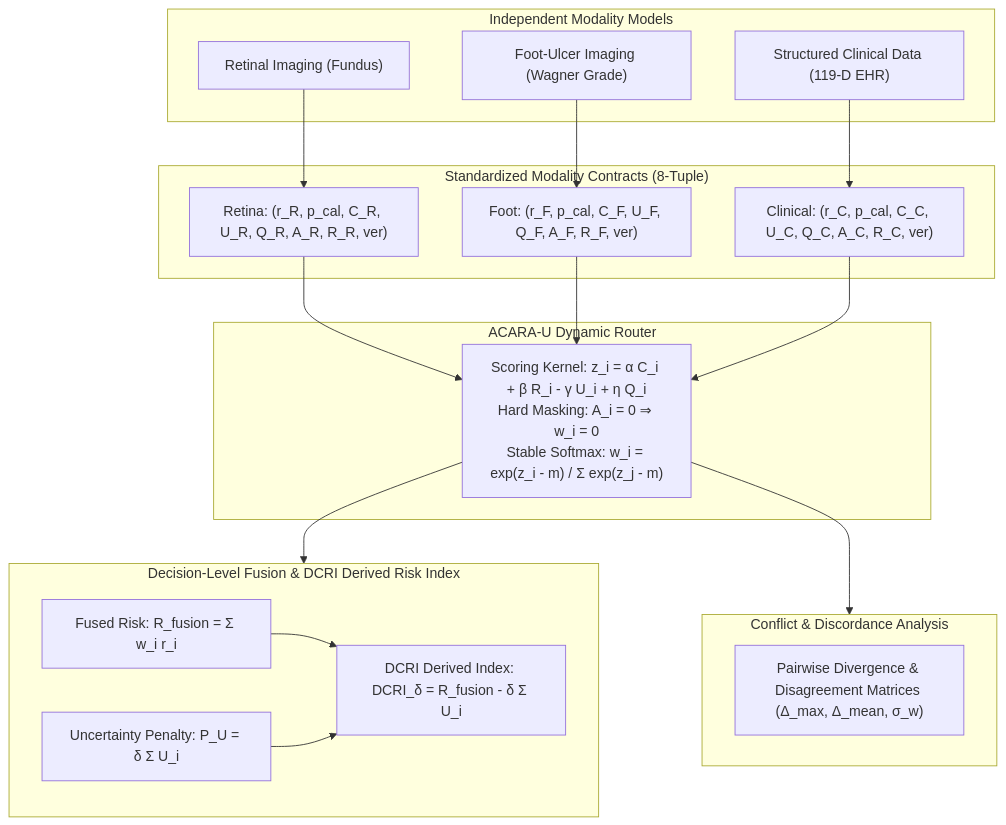
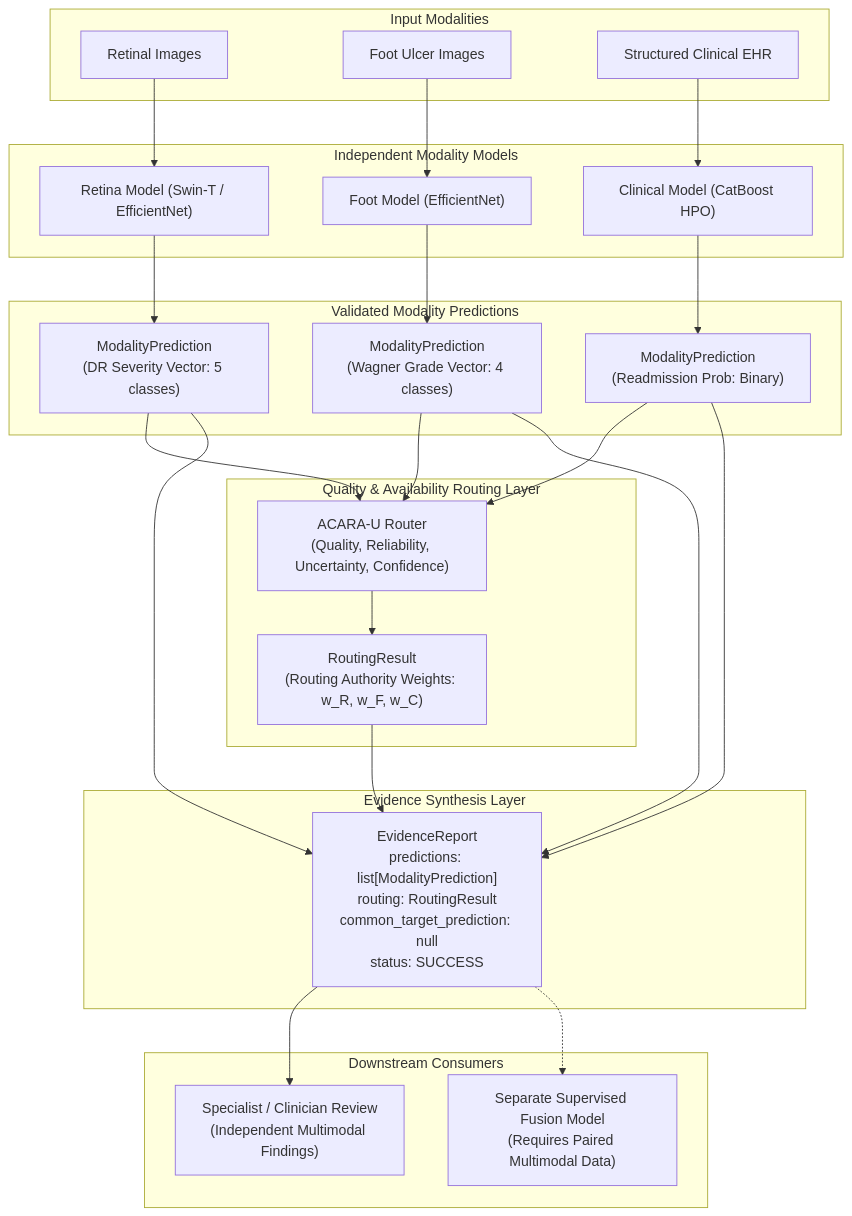
The first of 2 diagrams in README.md (Dr-Venom29/FusionMedAI), drawn with Mermaid before and after one commit. The commit also changed other lines of this file and 71 other files, not shown here.

Commit message:
Integrate canonical ACARA-U evidence pipeline

````diff
--- a/README.md
+++ b/README.md
@@ -54,42 +34,52 @@
 ```mermaid
 flowchart TD
-    subgraph Modalities["Independent Modality Models"]
-        R["Retinal Imaging (Fundus)"]
-        F["Foot-Ulcer Imaging (Wagner Grade)"]
-        C["Structured Clinical Data (119-D EHR)"]
+    subgraph Inputs["Input Modalities"]
+        R_IN["Retinal Images"]
+        F_IN["Foot Ulcer Images"]
+        C_IN["Structured Clinical EHR"]
     end
-    
-    subgraph Contracts["Standardized Modality Contracts (8-Tuple)"]
-        RO["Retina: (r_R, p_cal, C_R, U_R, Q_R, A_R, R_R, ver)"]
-        FO["Foot: (r_F, p_cal, C_F, U_F, Q_F, A_F, R_F, ver)"]
-        CO["Clinical: (r_C, p_cal, C_C, U_C, Q_C, A_C, R_C, ver)"]
+
+    subgraph Models["Independent Modality Models"]
+        R_MDL["Retina Model (Swin-T / EfficientNet)"]
+        F_MDL["Foot Model (EfficientNet)"]
+        C_MDL["Clinical Model (CatBoost HPO)"]
     end
-    
-    R --> RO
-    F --> FO
-    C --> CO
-    
-    subgraph RouterStage["ACARA-U Dynamic Router"]
-        Router["Scoring Kernel: z_i = α C_i + β R_i - γ U_i + η Q_i<br/>Hard Masking: A_i = 0 ⇒ w_i = 0<br/>Stable Softmax: w_i = exp(z_i - m) / Σ exp(z_j - m)"]
+
+    subgraph NativeOutputs["Validated Modality Predictions"]
+        R_PRED["ModalityPrediction<br/>(DR Severity Vector: 5 classes)"]
+        F_PRED["ModalityPrediction<br/>(Wagner Grade Vector: 4 classes)"]
+        C_PRED["ModalityPrediction<br/>(Readmission Prob: Binary)"]
     end
-    
-    RO --> Router
-    FO --> Router
-    CO --> Router
-    
-    subgraph DCRIStage["Decision-Level Fusion & DCRI Derived Risk Index"]
-        Fused["Fused Risk: R_fusion = Σ w_i r_i"]
-        Penalty["Uncertainty Penalty: P_U = δ Σ U_i"]
-        DCRI["DCRI Derived Index: DCRI_δ = R_fusion - δ Σ U_i"]
-        Fused --> DCRI
-        Penalty --> DCRI
+
+    subgraph RoutingLayer["Quality & Availability Routing Layer"]
+        ROUTER["ACARA-U Router<br/>(Quality, Reliability, Uncertainty, Confidence)"]
+        ROUT_RES["RoutingResult<br/>(Routing Authority Weights: w_R, w_F, w_C)"]
     end
-    
-    Router --> DCRIStage
-    
-    subgraph ConflictStage["Conflict & Discordance Analysis"]
-        Conflict["Pairwise Divergence & Disagreement Matrices (Δ_max, Δ_mean, σ_w)"]
+
+    subgraph Orchestration["Evidence Synthesis Layer"]
+        REPORT["EvidenceReport<br/>predictions: list[ModalityPrediction]<br/>routing: RoutingResult<br/>common_target_prediction: null<br/>status: SUCCESS"]
     end
-    
-    Router --> ConflictStage
+
+    subgraph Downstream["Downstream Consumers"]
+        CLINICIAN["Specialist / Clinician Review<br/>(Independent Multimodal Findings)"]
+        FUTURE["Separate Supervised Fusion Model<br/>(Requires Paired Multimodal Data)"]
+    end
+
+    R_IN --> R_MDL --> R_PRED
+    F_IN --> F_MDL --> F_PRED
+    C_IN --> C_MDL --> C_PRED
+
+    R_PRED --> ROUTER
+    F_PRED --> ROUTER
+    C_PRED --> ROUTER
+
+    ROUTER --> ROUT_RES
+
+    R_PRED --> REPORT
+    F_PRED --> REPORT
+    C_PRED --> REPORT
+    ROUT_RES --> REPORT
+
+    REPORT --> CLINICIAN
+    REPORT -.-> FUTURE
 ```
````
